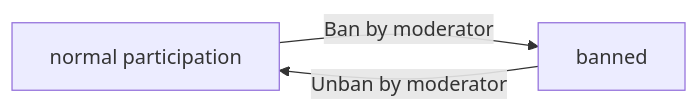
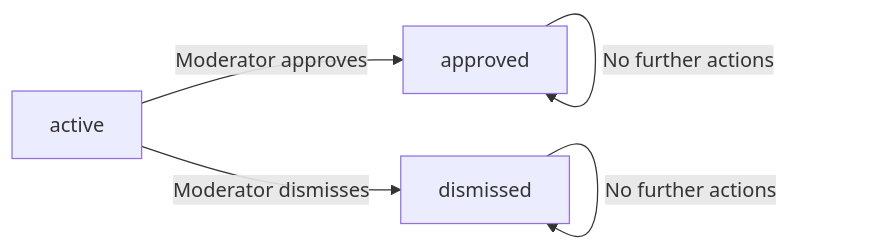
The second of 4 diagrams in qwen/qwen3.5-35b-a3b/reddit/docs/analysis/02-domain-model.md (wrtnlabs/autobe-examples), drawn with Mermaid before and after one commit. The commit also changed other lines of this file and 32093 other files, not shown here.

````diff
--- a/qwen/qwen3.5-35b-a3b/reddit/docs/analysis/02-domain-model.md
+++ b/qwen/qwen3.5-35b-a3b/reddit/docs/analysis/02-domain-model.md
@@ -891,5 +789,7 @@
 ```mermaid
 flowchart LR
-    A["normal participation"] -->|"Ban by moderator"| B["banned"]
-    B -->|"Unban by moderator"| A
+    A["active"] -->|"Moderator approves"| B["approved"]
+    A -->|"Moderator dismisses"| C["dismissed"]
+    B -->|"No further actions"| B
+    C -->|"No further actions"| C
 ```
````
